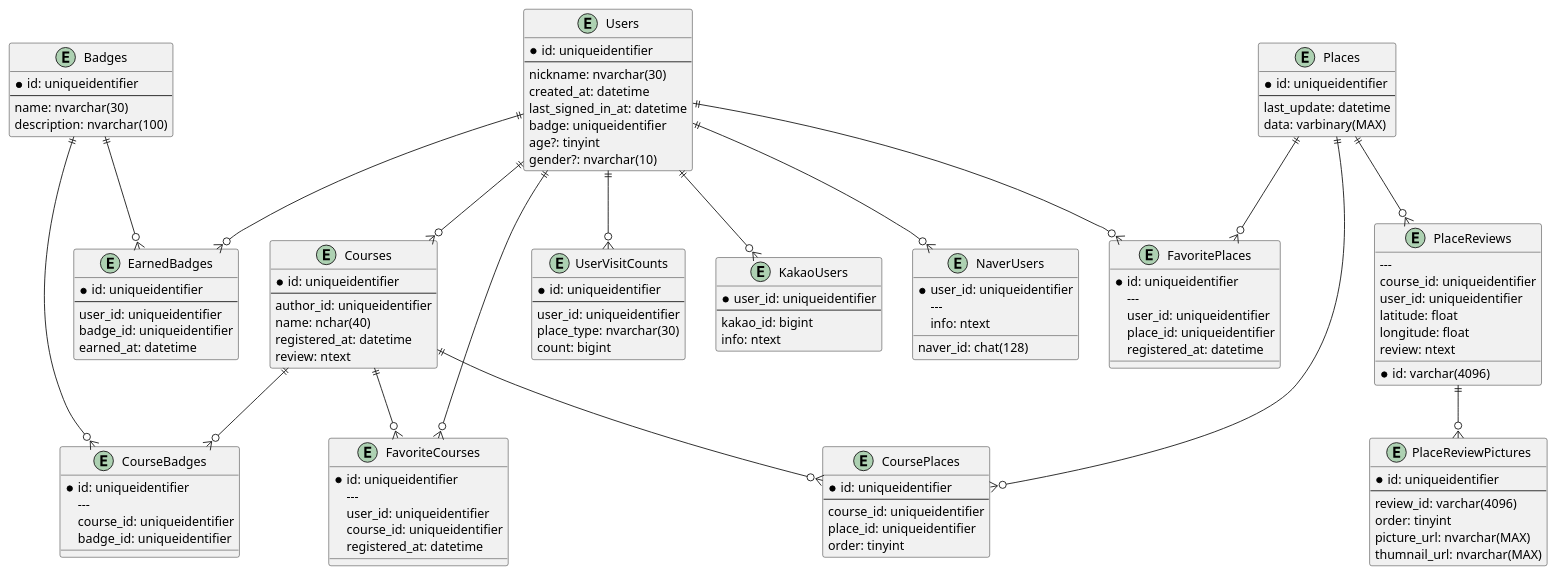
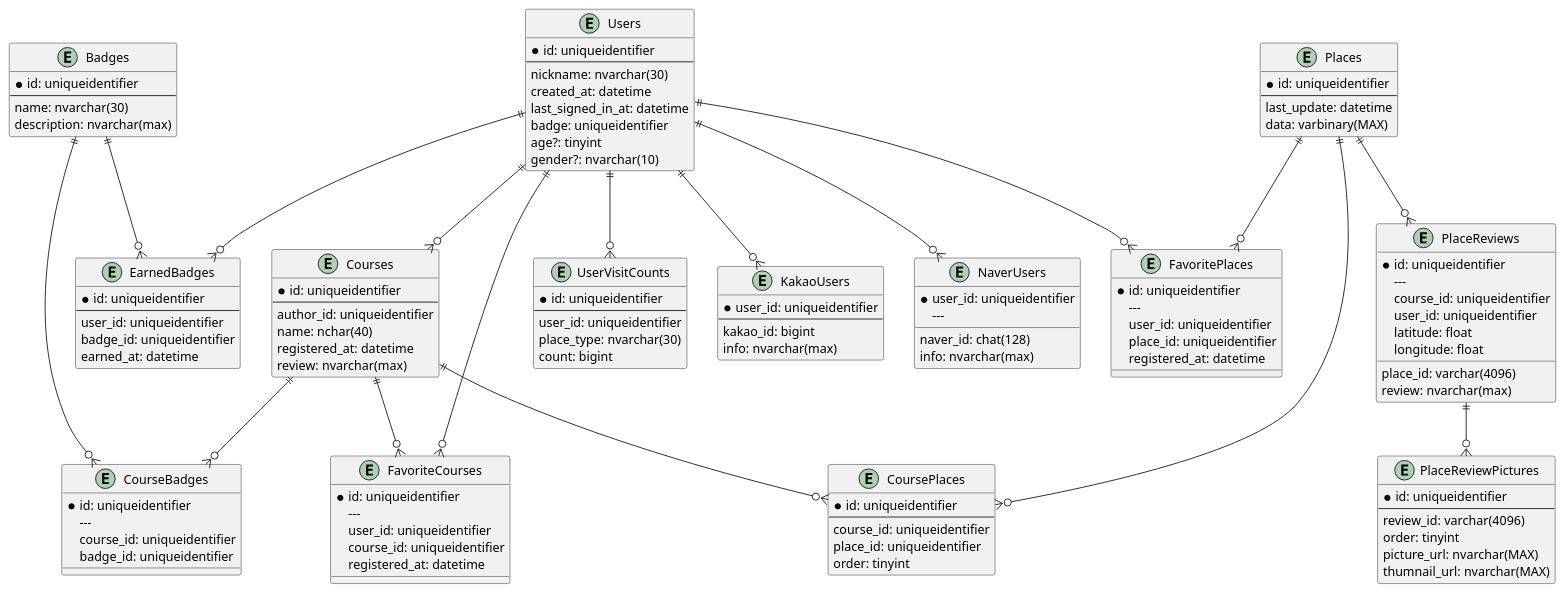
The diagram in doc/ER.puml (snowmerak/ggeco), drawn with PlantUML before and after one commit.

```diff
--- a/doc/ER.puml
+++ b/doc/ER.puml
@@ -1,142 +1,143 @@
 @startuml
 
 entity Users {
 	* id: uniqueidentifier
 	---
 	nickname: nvarchar(30)
 	created_at: datetime
 	last_signed_in_at: datetime
 	badge: uniqueidentifier
 	age?: tinyint
 	gender?: nvarchar(10)
 }
 
 entity KakaoUsers {
     * user_id: uniqueidentifier
     ---
     kakao_id: bigint
-    info: ntext
+    info: nvarchar(max)
 }
 
 entity NaverUsers {
 	* user_id: uniqueidentifier
     ---
     naver_id: chat(128)
-    info: ntext
+    info: nvarchar(max)
 }
 
 entity Badges {
     * id: uniqueidentifier
     ---
     name: nvarchar(30)
-    description: nvarchar(100)
+    description: nvarchar(max)
 }
 
 entity EarnedBadges {
     * id: uniqueidentifier
     ---
     user_id: uniqueidentifier
     badge_id: uniqueidentifier
     earned_at: datetime
 }
 
 entity Places {
 	* id: uniqueidentifier
 	---
 	last_update: datetime
 	data: varbinary(MAX)
 }
 
 entity PlaceReviews {
-	* id: varchar(4096)
+	* id: uniqueidentifier
     ---
+    place_id: varchar(4096)
     course_id: uniqueidentifier
     user_id: uniqueidentifier
     latitude: float
     longitude: float
-    review: ntext
+    review: nvarchar(max)
 }
 
 entity PlaceReviewPictures {
 	* id: uniqueidentifier
 	---
 	review_id: varchar(4096)
 	order: tinyint
 	picture_url: nvarchar(MAX)
 	thumnail_url: nvarchar(MAX)
 }
 
 entity Courses {
 	* id: uniqueidentifier
 	---
 	author_id: uniqueidentifier
 	name: nchar(40)
 	registered_at: datetime
-	review: ntext
+	review: nvarchar(max)
 }
 
 entity CoursePlaces {
     * id: uniqueidentifier
     ---
     course_id: uniqueidentifier
     place_id: uniqueidentifier
     order: tinyint
 }
 
 entity CourseBadges {
 	* id: uniqueidentifier
     ---
     course_id: uniqueidentifier
     badge_id: uniqueidentifier
 }
 
 entity FavoriteCourses {
 	* id: uniqueidentifier
     ---
     user_id: uniqueidentifier
     course_id: uniqueidentifier
     registered_at: datetime
 }
 
 entity FavoritePlaces {
 	* id: uniqueidentifier
     ---
     user_id: uniqueidentifier
     place_id: uniqueidentifier
     registered_at: datetime
 }
 
 entity UserVisitCounts {
     * id: uniqueidentifier
     ---
     user_id: uniqueidentifier
     place_type: nvarchar(30)
     count: bigint
 }
 
 Users ||--o{ KakaoUsers
 Users ||--o{ NaverUsers
 
 Users ||--o{ EarnedBadges
 Badges ||--o{ EarnedBadges
 
 Users ||--o{ FavoriteCourses
 Courses ||--o{ FavoriteCourses
 
 Users ||--o{ FavoritePlaces
 Places ||--o{ FavoritePlaces
 
 Users ||--o{ Courses
 
 Courses ||--o{ CoursePlaces
 Places ||--o{ CoursePlaces
 Places ||--o{ PlaceReviews
 
 PlaceReviews ||--o{ PlaceReviewPictures
 
 Courses ||--o{ CourseBadges
 Badges ||--o{ CourseBadges
 
 Users ||--o{ UserVisitCounts
 
 @enduml
```
